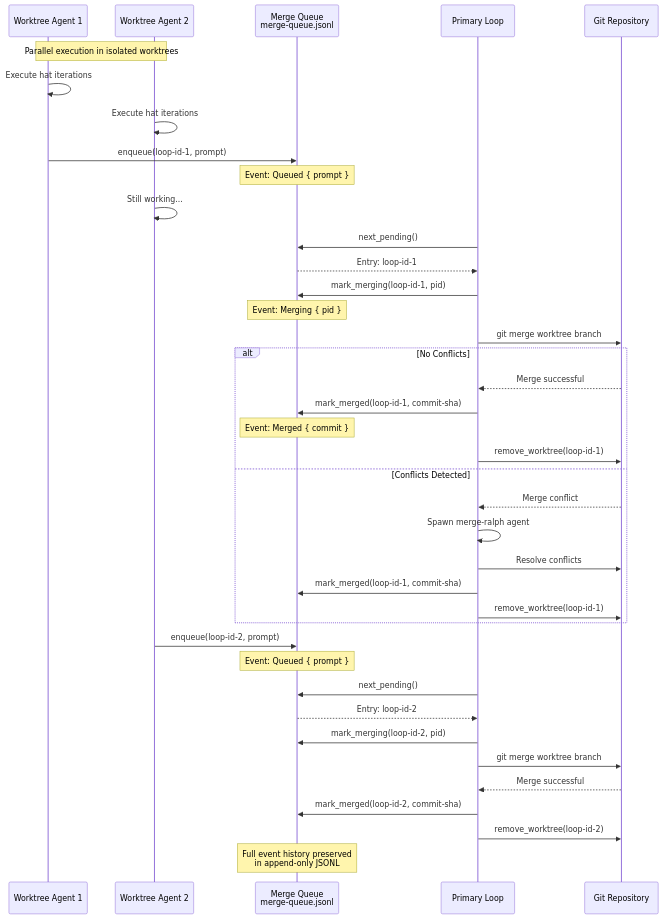
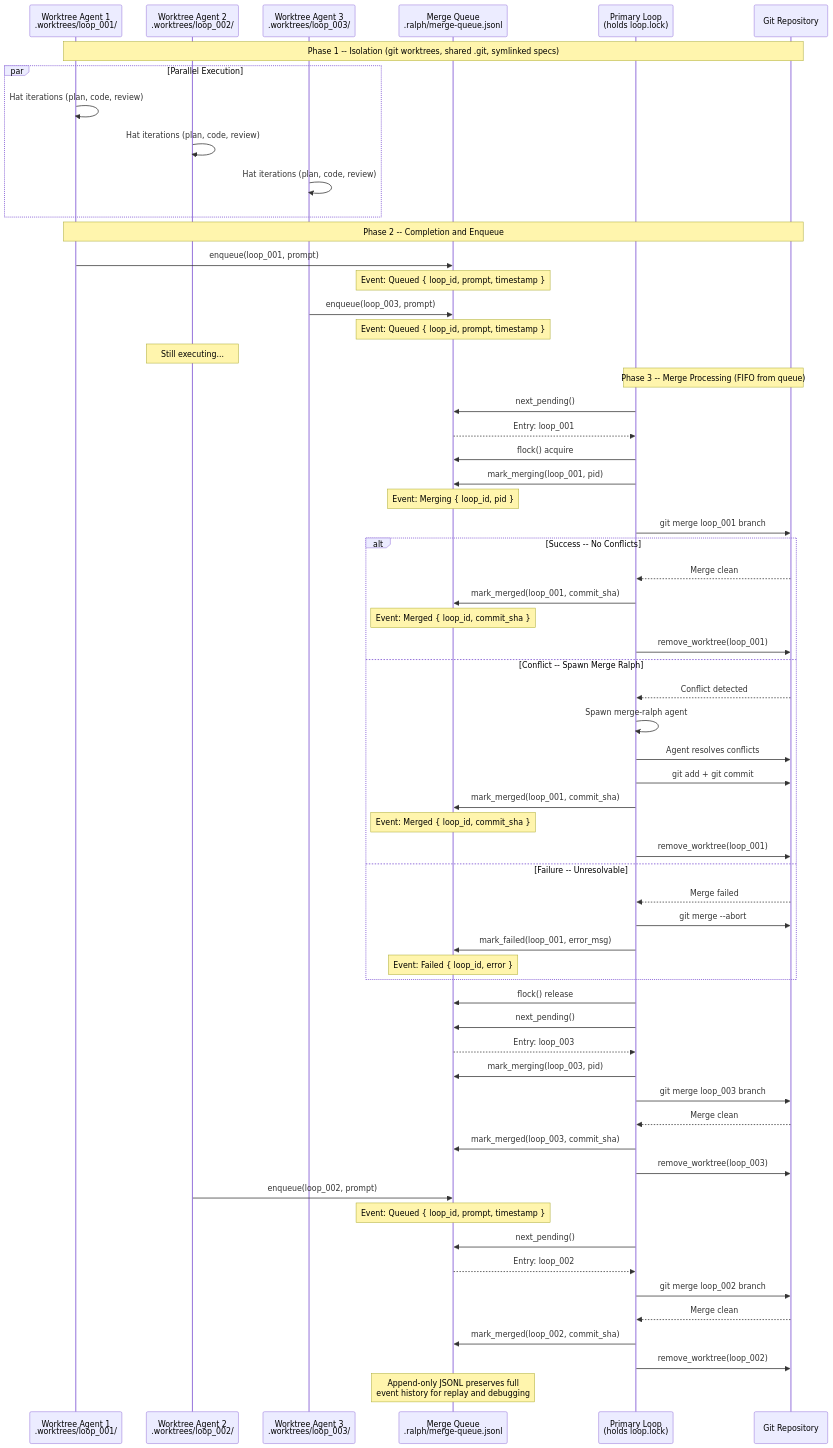
Before and after one commit to krzemienski/agentic-development-guide: the diagram in 06-ralph-orchestrator/visuals/merge-queue-flow.mermaid, drawn with Mermaid. The commit also changed 17 other files, not shown here.

```diff
--- a/06-ralph-orchestrator/visuals/merge-queue-flow.mermaid
+++ b/06-ralph-orchestrator/visuals/merge-queue-flow.mermaid
@@ -1,50 +1,79 @@
 sequenceDiagram
-    participant WT1 as Worktree Agent 1
-    participant WT2 as Worktree Agent 2
-    participant MQ as Merge Queue<br>merge-queue.jsonl
-    participant PL as Primary Loop
+    participant WT1 as Worktree Agent 1<br>.worktrees/loop_001/
+    participant WT2 as Worktree Agent 2<br>.worktrees/loop_002/
+    participant WT3 as Worktree Agent 3<br>.worktrees/loop_003/
+    participant MQ as Merge Queue<br>.ralph/merge-queue.jsonl
+    participant PL as Primary Loop<br>(holds loop.lock)
     participant GIT as Git Repository
 
-    Note over WT1,WT2: Parallel execution in isolated worktrees
+    Note over WT1,GIT: Phase 1 -- Isolation (git worktrees, shared .git, symlinked specs)
 
-    WT1->>WT1: Execute hat iterations
-    WT2->>WT2: Execute hat iterations
+    par Parallel Execution
+        WT1->>WT1: Hat iterations (plan, code, review)
+        WT2->>WT2: Hat iterations (plan, code, review)
+        WT3->>WT3: Hat iterations (plan, code, review)
+    end
 
-    WT1->>MQ: enqueue(loop-id-1, prompt)
-    Note over MQ: Event: Queued { prompt }
+    Note over WT1,GIT: Phase 2 -- Completion and Enqueue
 
-    WT2->>WT2: Still working...
+    WT1->>MQ: enqueue(loop_001, prompt)
+    Note over MQ: Event: Queued { loop_id, prompt, timestamp }
+
+    WT3->>MQ: enqueue(loop_003, prompt)
+    Note over MQ: Event: Queued { loop_id, prompt, timestamp }
+
+    Note over WT2: Still executing...
+
+    Note over PL,GIT: Phase 3 -- Merge Processing (FIFO from queue)
 
     PL->>MQ: next_pending()
-    MQ-->>PL: Entry: loop-id-1
+    MQ-->>PL: Entry: loop_001
 
-    PL->>MQ: mark_merging(loop-id-1, pid)
-    Note over MQ: Event: Merging { pid }
+    PL->>MQ: flock() acquire
+    PL->>MQ: mark_merging(loop_001, pid)
+    Note over MQ: Event: Merging { loop_id, pid }
 
-    PL->>GIT: git merge worktree branch
-    alt No Conflicts
-        GIT-->>PL: Merge successful
-        PL->>MQ: mark_merged(loop-id-1, commit-sha)
-        Note over MQ: Event: Merged { commit }
-        PL->>GIT: remove_worktree(loop-id-1)
-    else Conflicts Detected
-        GIT-->>PL: Merge conflict
+    PL->>GIT: git merge loop_001 branch
+
+    alt Success -- No Conflicts
+        GIT-->>PL: Merge clean
+        PL->>MQ: mark_merged(loop_001, commit_sha)
+        Note over MQ: Event: Merged { loop_id, commit_sha }
+        PL->>GIT: remove_worktree(loop_001)
+    else Conflict -- Spawn Merge Ralph
+        GIT-->>PL: Conflict detected
         PL->>PL: Spawn merge-ralph agent
-        PL->>GIT: Resolve conflicts
-        PL->>MQ: mark_merged(loop-id-1, commit-sha)
-        PL->>GIT: remove_worktree(loop-id-1)
+        PL->>GIT: Agent resolves conflicts
+        PL->>GIT: git add + git commit
+        PL->>MQ: mark_merged(loop_001, commit_sha)
+        Note over MQ: Event: Merged { loop_id, commit_sha }
+        PL->>GIT: remove_worktree(loop_001)
+    else Failure -- Unresolvable
+        GIT-->>PL: Merge failed
+        PL->>GIT: git merge --abort
+        PL->>MQ: mark_failed(loop_001, error_msg)
+        Note over MQ: Event: Failed { loop_id, error }
     end
 
-    WT2->>MQ: enqueue(loop-id-2, prompt)
-    Note over MQ: Event: Queued { prompt }
+    PL->>MQ: flock() release
 
     PL->>MQ: next_pending()
-    MQ-->>PL: Entry: loop-id-2
+    MQ-->>PL: Entry: loop_003
 
-    PL->>MQ: mark_merging(loop-id-2, pid)
-    PL->>GIT: git merge worktree branch
-    GIT-->>PL: Merge successful
-    PL->>MQ: mark_merged(loop-id-2, commit-sha)
-    PL->>GIT: remove_worktree(loop-id-2)
+    PL->>MQ: mark_merging(loop_003, pid)
+    PL->>GIT: git merge loop_003 branch
+    GIT-->>PL: Merge clean
+    PL->>MQ: mark_merged(loop_003, commit_sha)
+    PL->>GIT: remove_worktree(loop_003)
 
-    Note over MQ: Full event history preserved<br>in append-only JSONL
+    WT2->>MQ: enqueue(loop_002, prompt)
+    Note over MQ: Event: Queued { loop_id, prompt, timestamp }
+
+    PL->>MQ: next_pending()
+    MQ-->>PL: Entry: loop_002
+    PL->>GIT: git merge loop_002 branch
+    GIT-->>PL: Merge clean
+    PL->>MQ: mark_merged(loop_002, commit_sha)
+    PL->>GIT: remove_worktree(loop_002)
+
+    Note over MQ: Append-only JSONL preserves full<br>event history for replay and debugging
```
